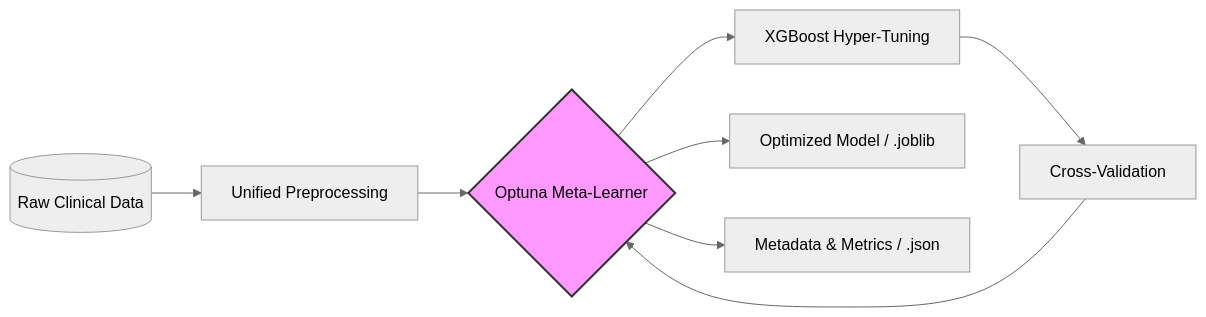
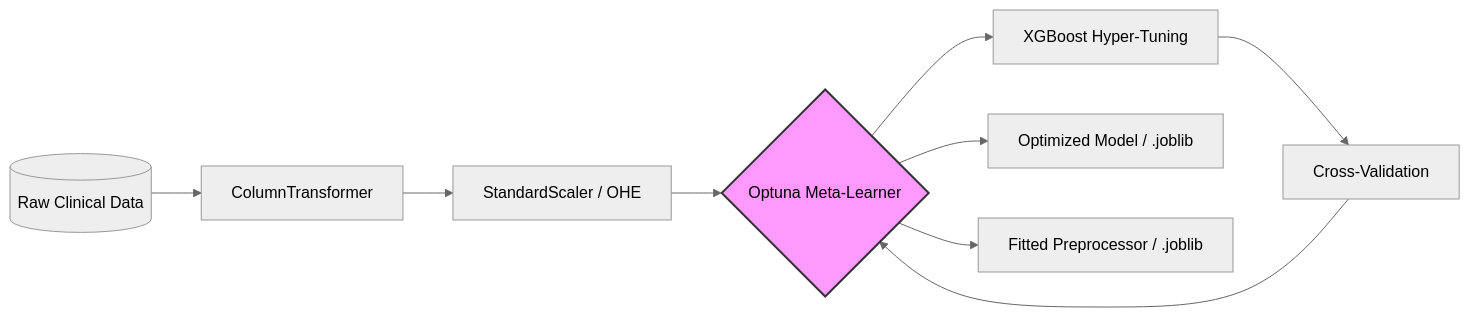
One commit to Khanz9664/CardioSense-AI changed the second of 3 diagrams in docs/ARCHITECTURE.md. Above: the diagram before and after it, drawn with Mermaid (neutral theme). The commit also changed other lines of this file and 16 other files, not shown here.

````diff
--- a/docs/ARCHITECTURE.md
+++ b/docs/ARCHITECTURE.md
@@ -54,12 +59,13 @@
 ```mermaid
 graph LR
-    A[(Raw Clinical Data)] --> B[Unified Preprocessing]
-    B --> C{Optuna Meta-Learner}
-    C --> D[XGBoost Hyper-Tuning]
-    D --> E[Cross-Validation]
-    E --> C
-    C --> F[Optimized Model / .joblib]
-    C --> G[Metadata & Metrics / .json]
+    A[(Raw Clinical Data)] --> B[ColumnTransformer]
+    B --> C[StandardScaler / OHE]
+    C --> D{Optuna Meta-Learner}
+    D --> E[XGBoost Hyper-Tuning]
+    E --> F[Cross-Validation]
+    F --> D
+    D --> G[Optimized Model / .joblib]
+    D --> H[Fitted Preprocessor / .joblib]
     
-    style C fill:#f9f,stroke:#333,stroke-width:2px
+    style D fill:#f9f,stroke:#333,stroke-width:2px
 ```
````
